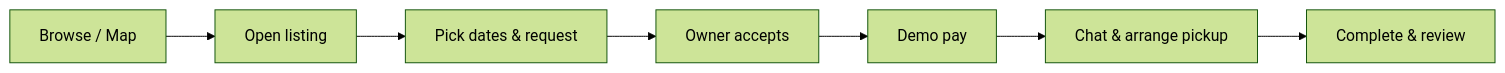
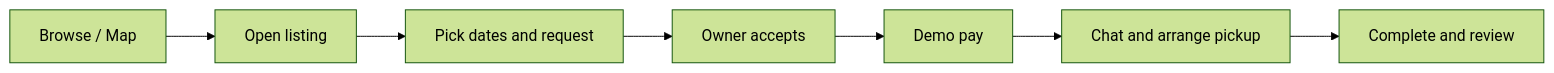
The first of 5 diagrams in README.md (Marimiroshnikova/rentora), drawn with Mermaid (forest theme) before and after one commit. The commit also changed other lines of this file and 2 other files, not shown here.

````diff
--- a/README.md
+++ b/README.md
@@ -27,9 +44,9 @@
 ```mermaid
 flowchart LR
   A[Browse / Map] --> B[Open listing]
-  B --> C[Pick dates & request]
+  B --> C[Pick dates and request]
   C --> D[Owner accepts]
   D --> E[Demo pay]
-  E --> F[Chat & arrange pickup]
-  F --> G[Complete & review]
+  E --> F[Chat and arrange pickup]
+  F --> G[Complete and review]
 ```
````
